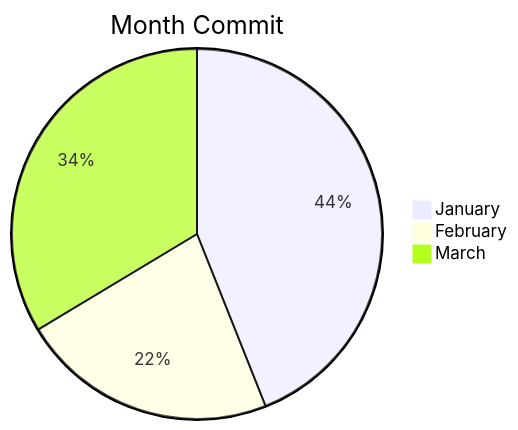
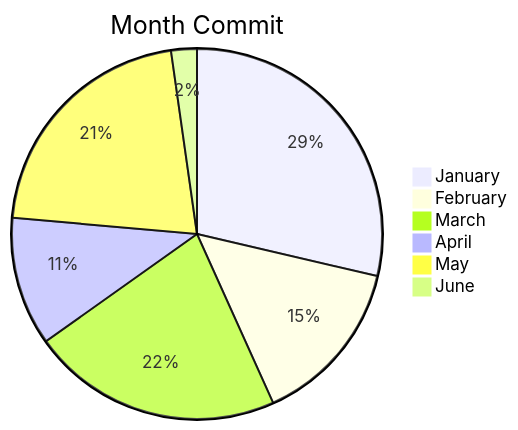
One commit to BackdevHong/WOC changed the first of 2 diagrams in README.md. Above: the diagram before and after it, drawn with Mermaid. The commit also changed other lines of this file, not shown here.

````diff
--- a/README.md
+++ b/README.md
@@ -10,6 +14,9 @@
 ```mermaid
 pie title Month Commit
 "January" : 51
 "February" : 26
 "March" : 39
+"April": 20
+"May": 38
+"June": 4
 ```
````
